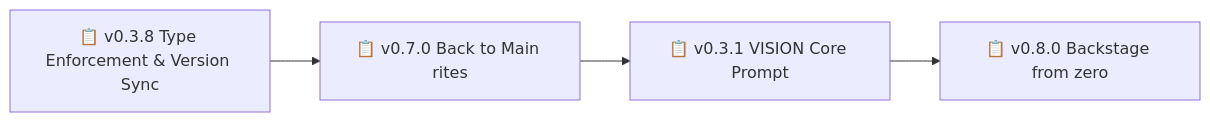
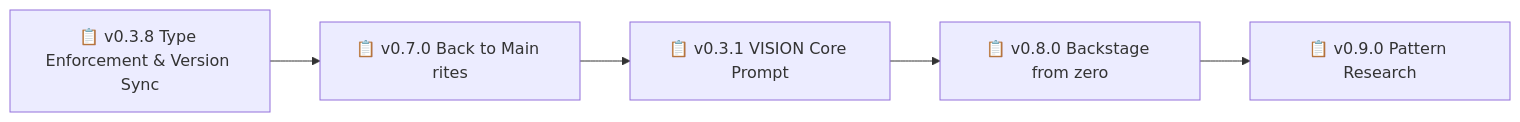
The diagram in backstage/ROADMAP.md (nonlinear/backstage), drawn with Mermaid before and after one commit. The commit also changed other lines of this file and 1 other file, not shown here.

Commit message:
Add v0.9.0 Pattern Research epic (backstage vs open source standards comparison)

````diff
--- a/backstage/ROADMAP.md
+++ b/backstage/ROADMAP.md
@@ -15,10 +15,12 @@
 ```mermaid
 graph LR
     A[📋 v0.3.8 Type Enforcement & Version Sync]
     B[📋 v0.7.0 Back to Main rites]
     A --> B
     C[📋 v0.3.1 VISION Core Prompt]
     B --> C
     D[📋 v0.8.0 Backstage from zero]
     C --> D
+    E[📋 v0.9.0 Pattern Research]
+    D --> E
 ```
````
